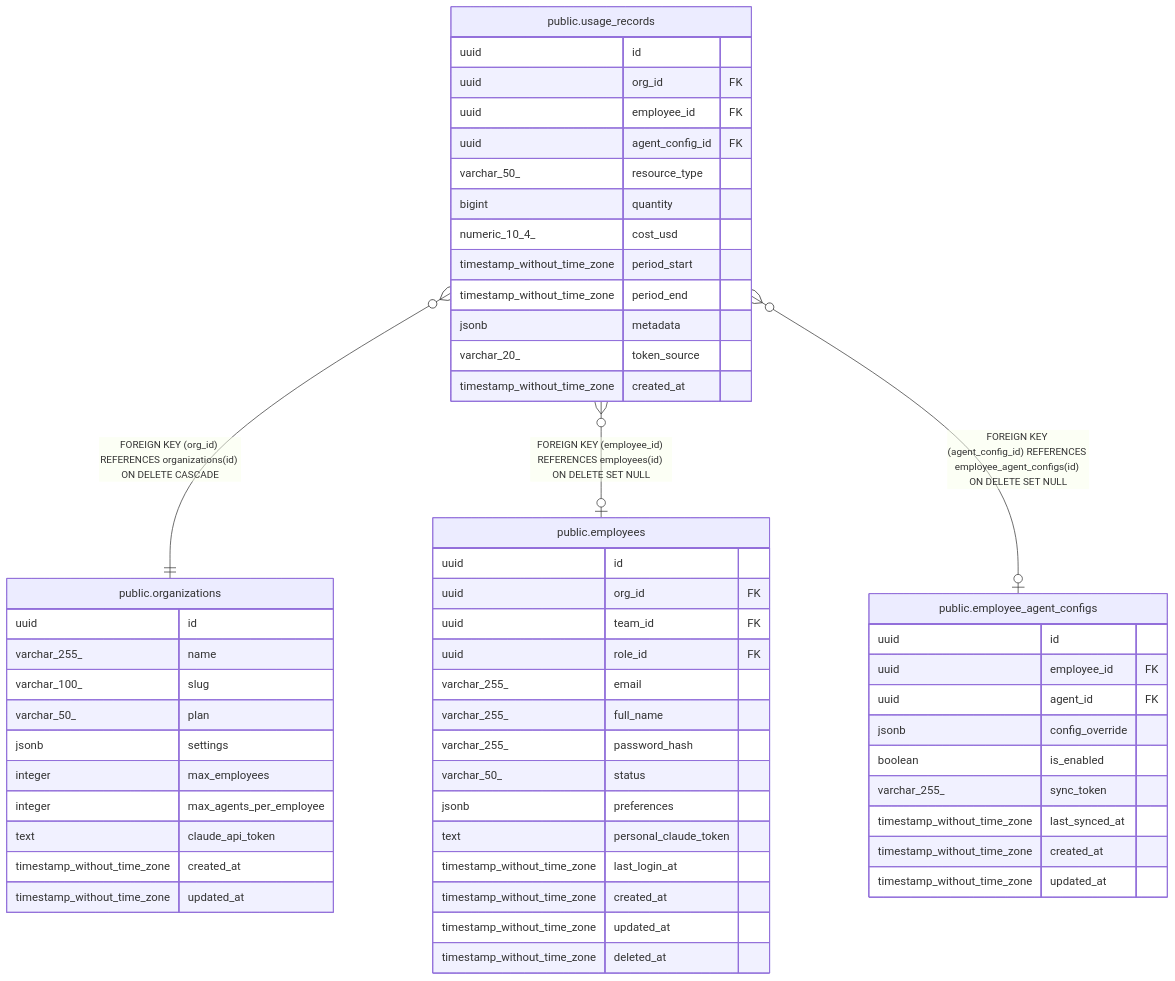
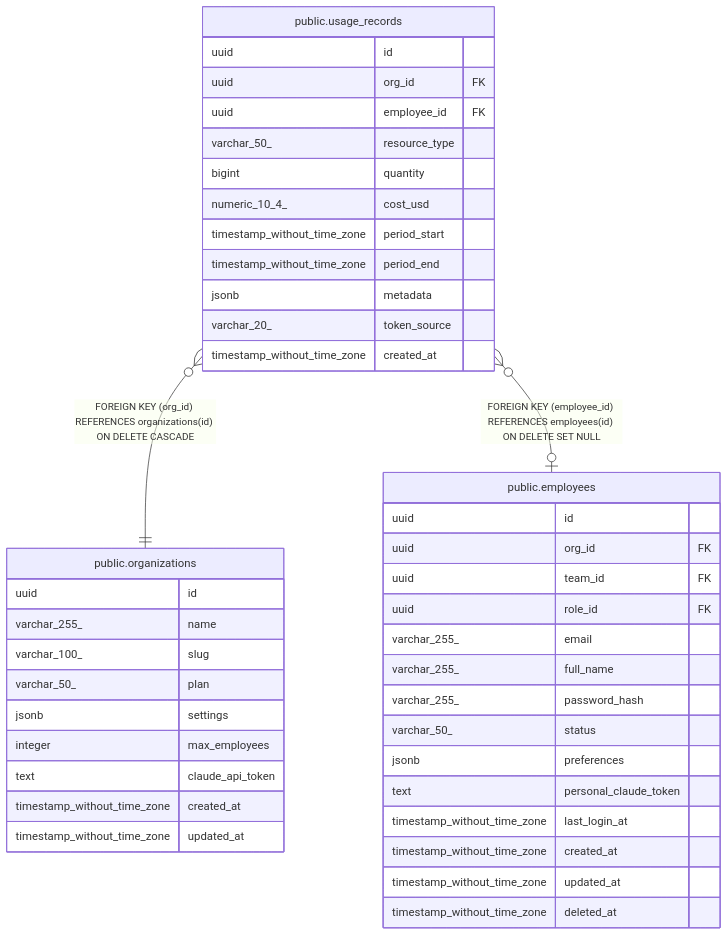
One commit to rastrigin-systems/arfa changed the diagram in docs/public.usage_records.md. Above: the diagram before and after it, drawn with Mermaid. The commit also changed other lines of this file and 154 other files, not shown here.

First line of the commit message:
refactor: Pivot CLI from agent-sync to proxy-first architecture (#391)

````diff
--- a/docs/public.usage_records.md
+++ b/docs/public.usage_records.md
@@ -44,61 +41,47 @@
 ```mermaid
 erDiagram
 
 "public.usage_records" }o--|| "public.organizations" : "FOREIGN KEY (org_id) REFERENCES organizations(id) ON DELETE CASCADE"
 "public.usage_records" }o--o| "public.employees" : "FOREIGN KEY (employee_id) REFERENCES employees(id) ON DELETE SET NULL"
-"public.usage_records" }o--o| "public.employee_agent_configs" : "FOREIGN KEY (agent_config_id) REFERENCES employee_agent_configs(id) ON DELETE SET NULL"
 
 "public.usage_records" {
   uuid id
   uuid org_id FK
   uuid employee_id FK
-  uuid agent_config_id FK
   varchar_50_ resource_type
   bigint quantity
   numeric_10_4_ cost_usd
   timestamp_without_time_zone period_start
   timestamp_without_time_zone period_end
   jsonb metadata
   varchar_20_ token_source
   timestamp_without_time_zone created_at
 }
 "public.organizations" {
   uuid id
   varchar_255_ name
   varchar_100_ slug
   varchar_50_ plan
   jsonb settings
   integer max_employees
-  integer max_agents_per_employee
   text claude_api_token
   timestamp_without_time_zone created_at
   timestamp_without_time_zone updated_at
 }
 "public.employees" {
   uuid id
   uuid org_id FK
   uuid team_id FK
   uuid role_id FK
   varchar_255_ email
   varchar_255_ full_name
   varchar_255_ password_hash
   varchar_50_ status
   jsonb preferences
   text personal_claude_token
   timestamp_without_time_zone last_login_at
   timestamp_without_time_zone created_at
   timestamp_without_time_zone updated_at
   timestamp_without_time_zone deleted_at
 }
-"public.employee_agent_configs" {
-  uuid id
-  uuid employee_id FK
-  uuid agent_id FK
-  jsonb config_override
-  boolean is_enabled
-  varchar_255_ sync_token
-  timestamp_without_time_zone last_synced_at
-  timestamp_without_time_zone created_at
-  timestamp_without_time_zone updated_at
-}
 ```
````
